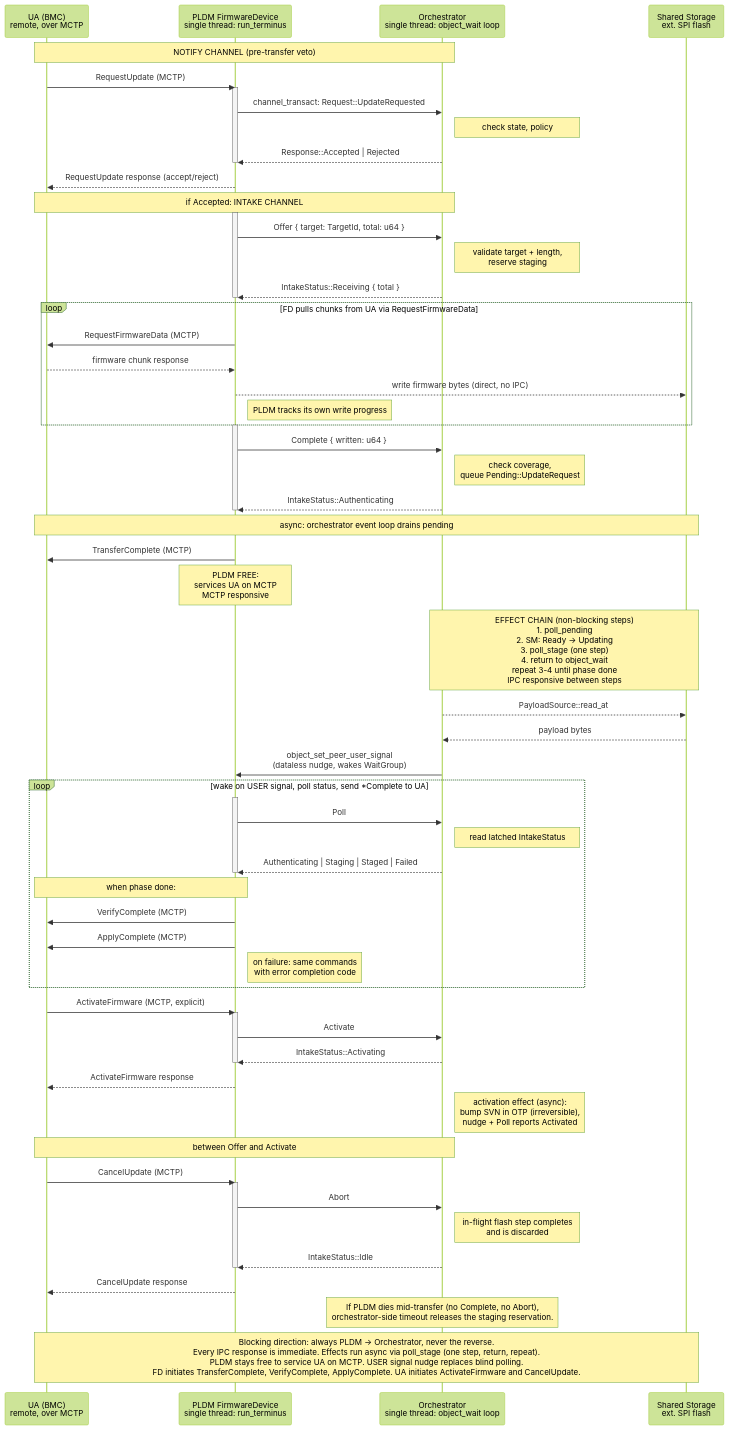
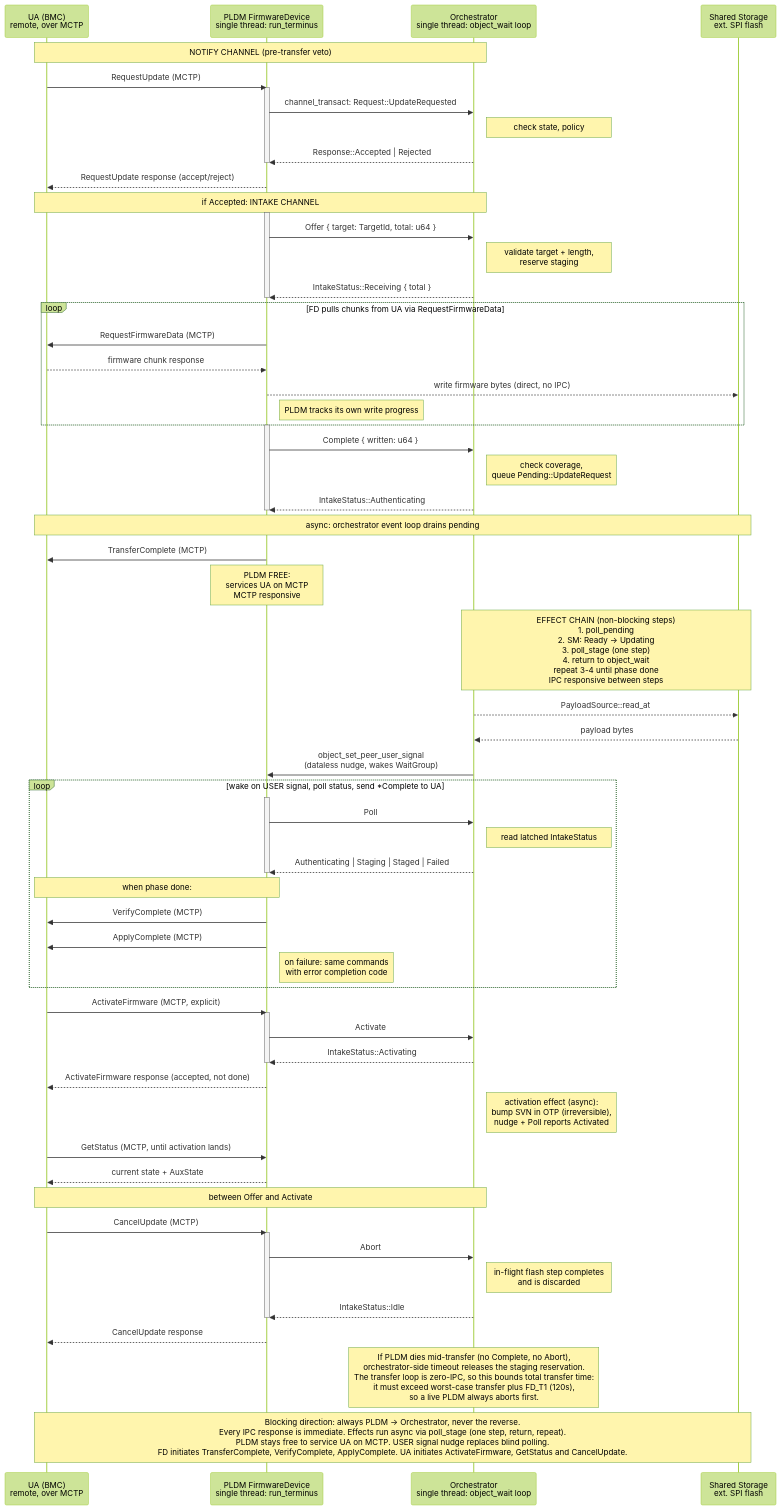
Before and after one commit to 9elements/openprot: the diagram in docs/src/design/orchestrator/pldm-orchestrator-ipc.md, drawn with Mermaid (forest theme). The commit also changed other lines of this file and 1 other file, not shown here.

First line of the commit message:
docs: address review on the PLDM/orchestrator IPC page

````diff
--- a/docs/src/design/orchestrator/pldm-orchestrator-ipc.md
+++ b/docs/src/design/orchestrator/pldm-orchestrator-ipc.md
@@ -92,8 +97,10 @@
     PLDM->>Orch: Activate
     Orch-->>PLDM: IntakeStatus::Activating
     deactivate PLDM
-    PLDM-->>UA: ActivateFirmware response
+    PLDM-->>UA: ActivateFirmware response (accepted, not done)
     Note right of Orch: activation effect (async):<br/>bump SVN in OTP (irreversible),<br/>nudge + Poll reports Activated
+    UA->>PLDM: GetStatus (MCTP, until activation lands)
+    PLDM-->>UA: current state + AuxState
 
     Note over UA, Orch: between Offer and Activate
     UA->>PLDM: CancelUpdate (MCTP)
@@ -104,7 +111,7 @@
     deactivate PLDM
     PLDM-->>UA: CancelUpdate response
 
-    Note over Orch: If PLDM dies mid-transfer (no Complete, no Abort),<br/>orchestrator-side timeout releases the staging reservation.
+    Note over Orch: If PLDM dies mid-transfer (no Complete, no Abort),<br/>orchestrator-side timeout releases the staging reservation.<br/>The transfer loop is zero-IPC, so this bounds total transfer time:<br/>it must exceed worst-case transfer plus FD_T1 (120s),<br/>so a live PLDM always aborts first.
 
-    Note over UA, Flash: Blocking direction: always PLDM -> Orchestrator, never the reverse.<br/>Every IPC response is immediate. Effects run async via poll_stage (one step, return, repeat).<br/>PLDM stays free to service UA on MCTP. USER signal nudge replaces blind polling.<br/>FD initiates TransferComplete, VerifyComplete, ApplyComplete. UA initiates ActivateFirmware and CancelUpdate.
+    Note over UA, Flash: Blocking direction: always PLDM -> Orchestrator, never the reverse.<br/>Every IPC response is immediate. Effects run async via poll_stage (one step, return, repeat).<br/>PLDM stays free to service UA on MCTP. USER signal nudge replaces blind polling.<br/>FD initiates TransferComplete, VerifyComplete, ApplyComplete. UA initiates ActivateFirmware, GetStatus and CancelUpdate.
 ```
````
